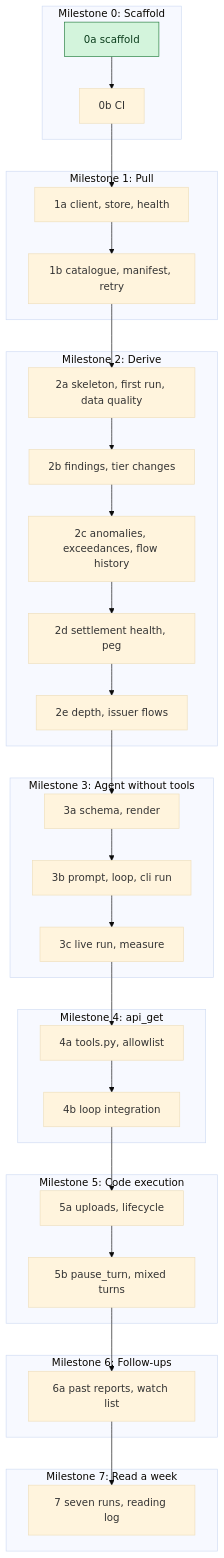
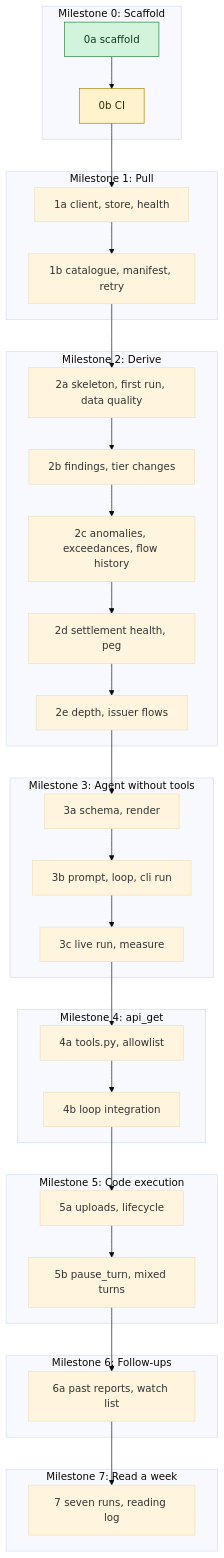
Before and after one commit to Jason-Dorman/agentic-liquidity-app-reporter: the diagram in docs/BUILD-PLAN.md, drawn with Mermaid (base theme). The commit also changed other lines of this file and 10 other files, not shown here.

````diff
--- a/docs/BUILD-PLAN.md
+++ b/docs/BUILD-PLAN.md
@@ -12,42 +12,43 @@
 ```mermaid
 flowchart TD
     subgraph M0["Milestone 0: Scaffold"]
         P0a["0a scaffold"] --> P0b["0b CI"]
     end
     subgraph M1["Milestone 1: Pull"]
         P1a["1a client, store, health"] --> P1b["1b catalogue, manifest, retry"]
     end
     subgraph M2["Milestone 2: Derive"]
         P2a["2a skeleton, first run, data quality"] --> P2b["2b findings, tier changes"]
         P2b --> P2c["2c anomalies, exceedances, flow history"]
         P2c --> P2d["2d settlement health, peg"]
         P2d --> P2e["2e depth, issuer flows"]
     end
     subgraph M3["Milestone 3: Agent without tools"]
         P3a["3a schema, render"] --> P3b["3b prompt, loop, cli run"]
         P3b --> P3c["3c live run, measure"]
     end
     subgraph M4["Milestone 4: api_get"]
         P4a["4a tools.py, allowlist"] --> P4b["4b loop integration"]
     end
     subgraph M5["Milestone 5: Code execution"]
         P5a["5a uploads, lifecycle"] --> P5b["5b pause_turn, mixed turns"]
     end
     subgraph M6["Milestone 6: Follow-ups"]
         P6a["6a past reports, watch list"]
     end
     subgraph M7["Milestone 7: Read a week"]
         P7["7 seven runs, reading log"]
     end
     P0b --> P1a
     P1b --> P2a
     P2e --> P3a
     P3c --> P4a
     P4b --> P5a
     P5b --> P6a
     P6a --> P7
 
     classDef done fill:#d3f4dc,stroke:#1f7a3a,color:#0b3d1c
     classDef progress fill:#fff2cc,stroke:#a67c00,color:#3d2e00
     class P0a done
+    class P0b progress
 ```
````
